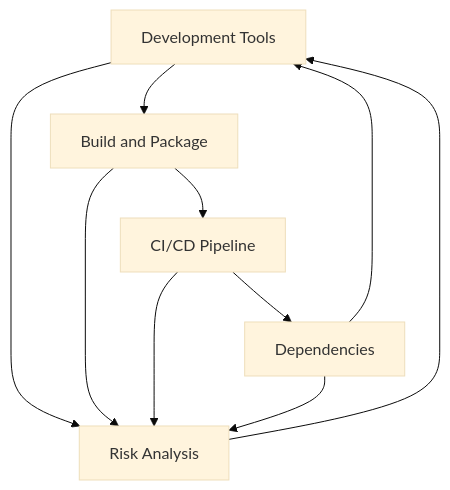
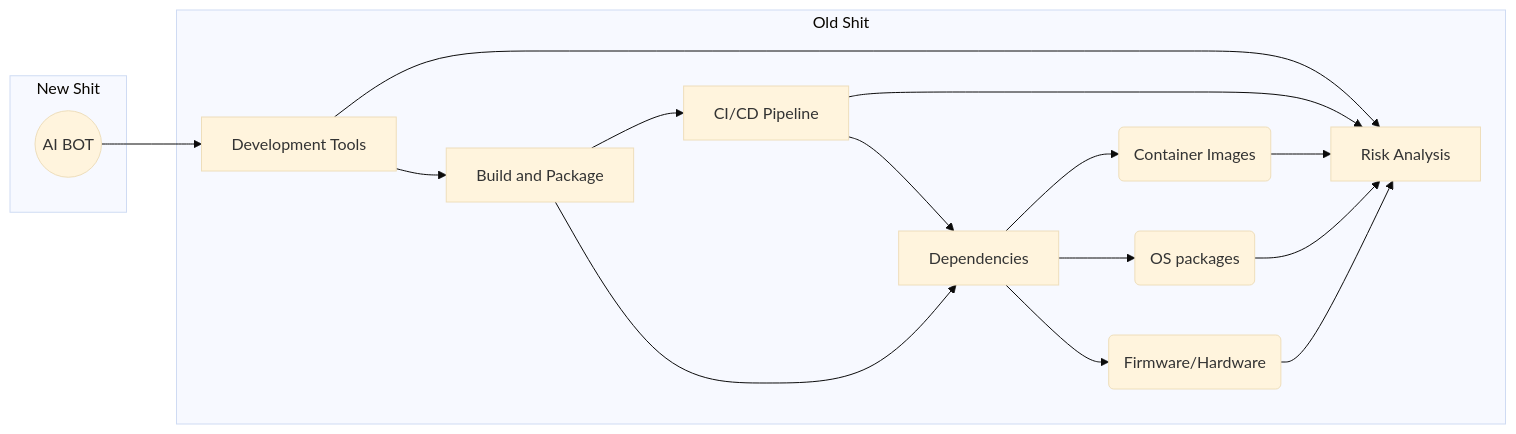
Before and after one commit to heryxpc/charla-seguridad-codedep: the diagram in README.md, drawn with Mermaid (base theme). The commit also changed other lines of this file, not shown here.

````diff
--- a/README.md
+++ b/README.md
@@ -31,12 +39,20 @@
 ```mermaid
-graph TD
+graph LR
+  subgraph Old Shit
     A[Development Tools] --> B[Build and Package]
     B --> C[CI/CD Pipeline]
     C --> D[Dependencies]
-    D --> A
-    A --> E[Risk Analysis]
-    B --> E
-    C --> E
-    D --> E
-    E --> A
+    D --> E(Container Images)
+    D --> F(OS packages)
+    D --> G(Firmware/Hardware)
+    A --> H[Risk Analysis]
+    B --> D
+    C --> H
+    E --> H
+    F --> H
+    G --> H
+  end
+  subgraph New Shit
+    X((AI BOT)) --> A
+  end
 ```
````
